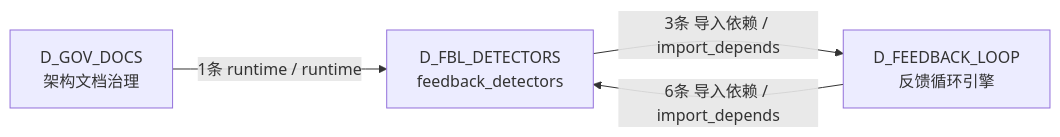
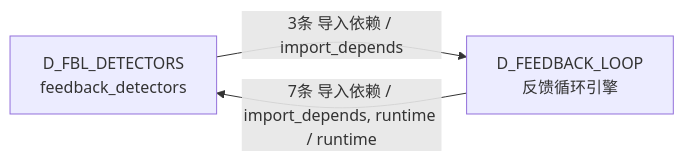
Before and after one commit to xuanFelixVan/ZephyrAlpha: the sixth of 6 diagrams in docs/02_enterprise_architecture/02_domain_architecture_docs/11_d_fbl_detectors.md, drawn with Mermaid. The commit also changed other lines of this file and 99 other files, not shown here.

````diff
--- a/docs/02_enterprise_architecture/02_domain_architecture_docs/11_d_fbl_detectors.md
+++ b/docs/02_enterprise_architecture/02_domain_architecture_docs/11_d_fbl_detectors.md
@@ -397,9 +393,7 @@
 ```mermaid
 graph LR
     D_FBL_DETECTORS["D_FBL_DETECTORS<br/>feedback_detectors"]
     D_FEEDBACK_LOOP["D_FEEDBACK_LOOP<br/>反馈循环引擎"]
-    D_GOV_DOCS["D_GOV_DOCS<br/>架构文档治理"]
     D_FBL_DETECTORS -->|3条 导入依赖 / import_depends| D_FEEDBACK_LOOP
-    D_FEEDBACK_LOOP -->|6条 导入依赖 / import_depends| D_FBL_DETECTORS
-    D_GOV_DOCS -->|1条 runtime / runtime| D_FBL_DETECTORS
+    D_FEEDBACK_LOOP -->|7条 导入依赖 / import_depends, runtime / runtime| D_FBL_DETECTORS
 ```
````
